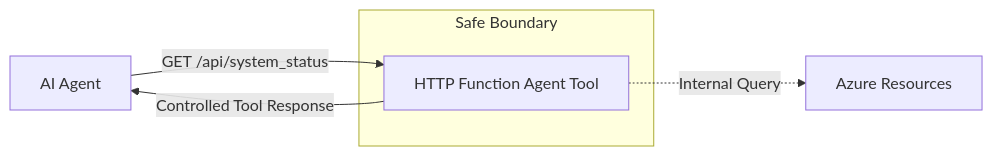
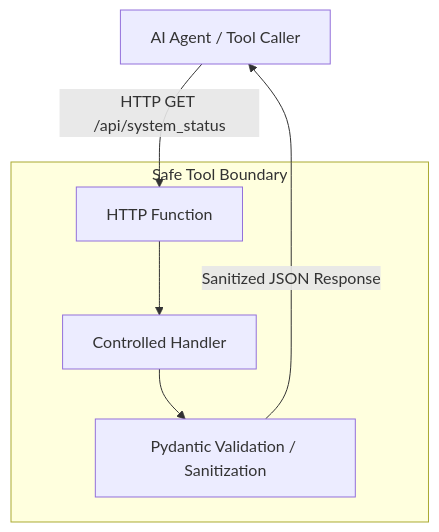
The diagram in building-blocks/functions/agent-tool-http-function/README.md (wildersa/azure_ref_kit), drawn with Mermaid before and after one commit. The commit also changed other lines of this file and 10 other files, not shown here.

First line of the commit message:
[FUNC-001] Add HTTP Function controlled agent tool reference

````diff
--- a/building-blocks/functions/agent-tool-http-function/README.md
+++ b/building-blocks/functions/agent-tool-http-function/README.md
@@ -11,9 +11,9 @@
 ```mermaid
-flowchart LR
-    Agent[AI Agent] -->|GET /api/system_status| Tool[HTTP Function Agent Tool]
-    Tool -->|Controlled Tool Response| Agent
-    subgraph "Safe Boundary"
-        Tool
+flowchart TD
+    Caller[AI Agent / Tool Caller] -->|HTTP GET /api/system_status| Func[HTTP Function]
+    subgraph "Safe Tool Boundary"
+        Func --> Handler[Controlled Handler]
+        Handler --> Sanitize[Pydantic Validation / Sanitization]
     end
-    Tool -.->|Internal Query| Azure[Azure Resources]
+    Sanitize -->|Sanitized JSON Response| Caller
 ```
````
